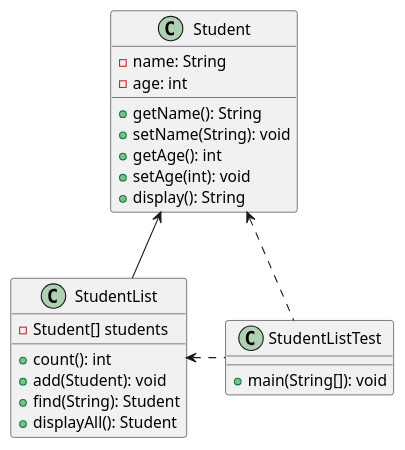
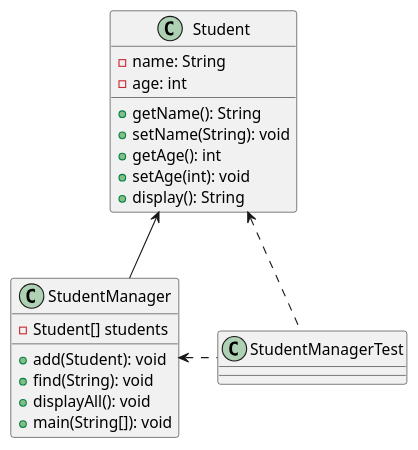
Before and after one commit to codegym-vn/pf-java-student-management: the diagram in uml.puml, drawn with PlantUML.

Commit message:
classes diagram

```diff
--- a/uml.puml
+++ b/uml.puml
@@ -1,29 +1,28 @@
 @startuml
 
 class Student {
     - name: String
     - age: int
     + getName(): String
     + setName(String): void
     + getAge(): int
     + setAge(int): void
     + display(): String
 }
 
-class StudentList {
+class StudentManager {
     - Student[] students
-    + count(): int
     + add(Student): void
-    + find(String): Student
-    + displayAll(): Student
+    + find(String): void
+    + displayAll(): void
 }
 
-class StudentListTest {
+class StudentManager {
     + main(String[]): void
 }
 
-Student <- StudentList
-Student <.. StudentListTest
-StudentList <. StudentListTest
+Student <- StudentManager
+Student <.. StudentManagerTest
+StudentManager <. StudentManagerTest
 
 @enduml
```
